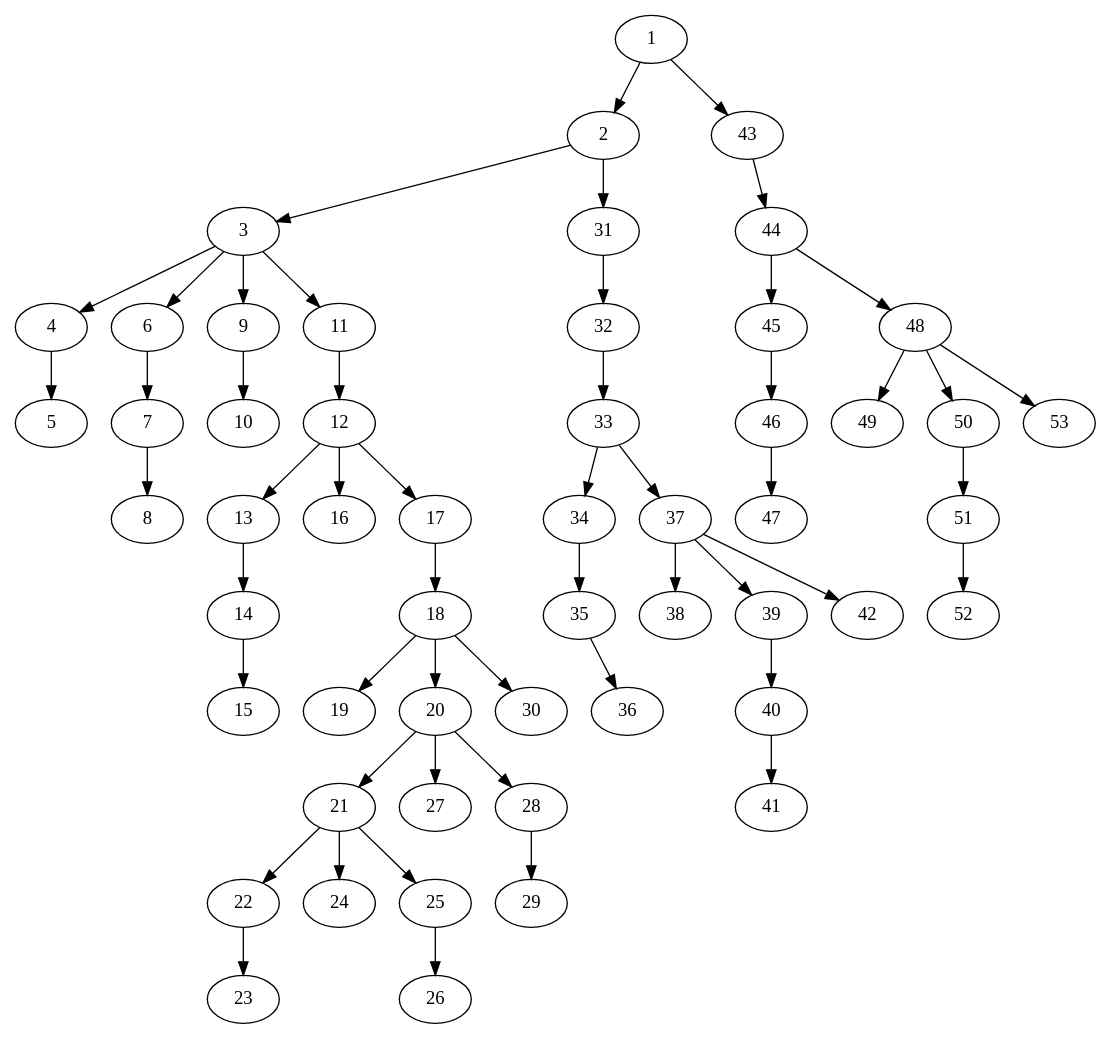
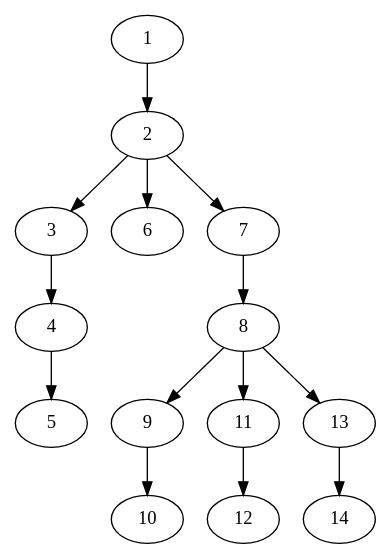
Before and after one commit to Ajax12345/caspian-lang: the diagram in caspian/src/ast_stuff.dot, drawn with Graphviz. The commit also changed 5 other files, not shown here.

```diff
--- a/caspian/src/ast_stuff.dot
+++ b/caspian/src/ast_stuff.dot
@@ -1,54 +1,15 @@
 strict digraph "" {
 	1 -> 2;
-	1 -> 43;
 	2 -> 3;
-	2 -> 31;
+	2 -> 6;
+	2 -> 7;
 	3 -> 4;
-	3 -> 6;
-	3 -> 9;
-	3 -> 11;
 	4 -> 5;
-	6 -> 7;
 	7 -> 8;
+	8 -> 9;
+	8 -> 11;
+	8 -> 13;
 	9 -> 10;
 	11 -> 12;
-	12 -> 13;
-	12 -> 16;
-	12 -> 17;
 	13 -> 14;
-	14 -> 15;
-	17 -> 18;
-	18 -> 19;
-	18 -> 20;
-	18 -> 30;
-	20 -> 21;
-	20 -> 27;
-	20 -> 28;
-	21 -> 22;
-	21 -> 24;
-	21 -> 25;
-	22 -> 23;
-	25 -> 26;
-	28 -> 29;
-	31 -> 32;
-	32 -> 33;
-	33 -> 34;
-	33 -> 37;
-	34 -> 35;
-	35 -> 36;
-	37 -> 38;
-	37 -> 39;
-	37 -> 42;
-	39 -> 40;
-	40 -> 41;
-	43 -> 44;
-	44 -> 45;
-	44 -> 48;
-	45 -> 46;
-	46 -> 47;
-	48 -> 49;
-	48 -> 50;
-	48 -> 53;
-	50 -> 51;
-	51 -> 52;
 }
```
